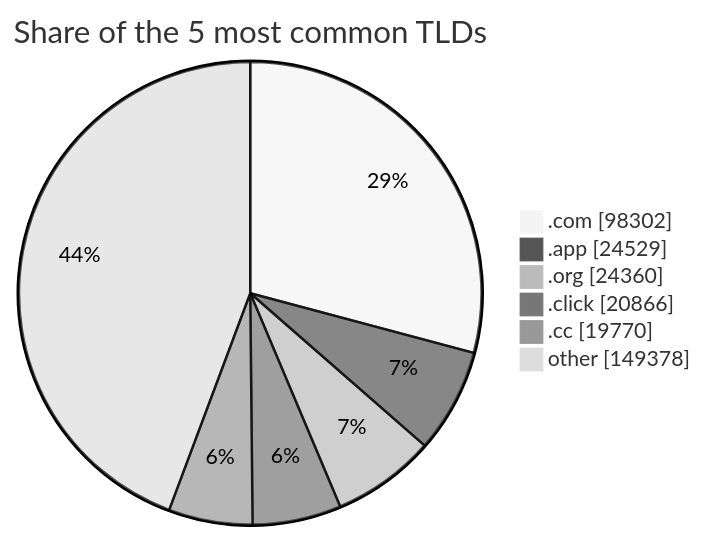
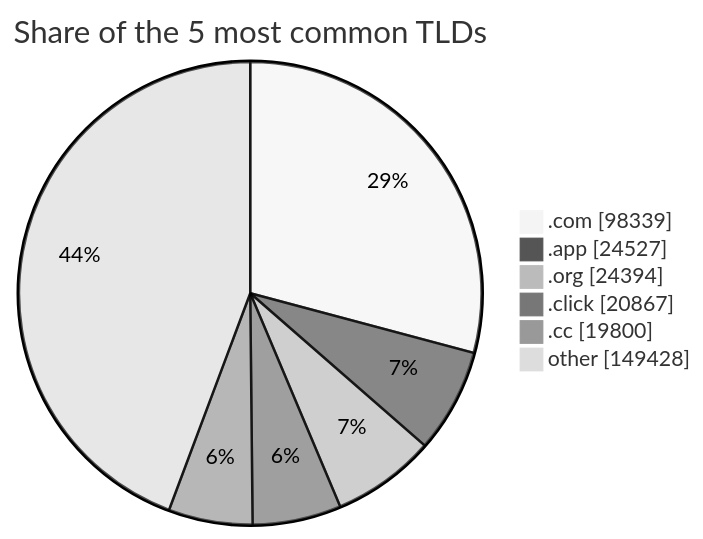
One commit to DNSBunker/CTI changed the third of 3 diagrams in README.md. Above: the diagram before and after it, drawn with Mermaid (neutral theme). The commit also changed other lines of this file and 4 other files, not shown here.

````diff
--- a/README.md
+++ b/README.md
@@ -81,9 +81,9 @@
 ```mermaid
 pie showData title Share of the 5 most common TLDs
-    ".com" : 98302
-    ".app" : 24529
-    ".org" : 24360
-    ".click" : 20866
-    ".cc" : 19770
-    "other" : 149378
+    ".com" : 98339
+    ".app" : 24527
+    ".org" : 24394
+    ".click" : 20867
+    ".cc" : 19800
+    "other" : 149428
 ```
````
